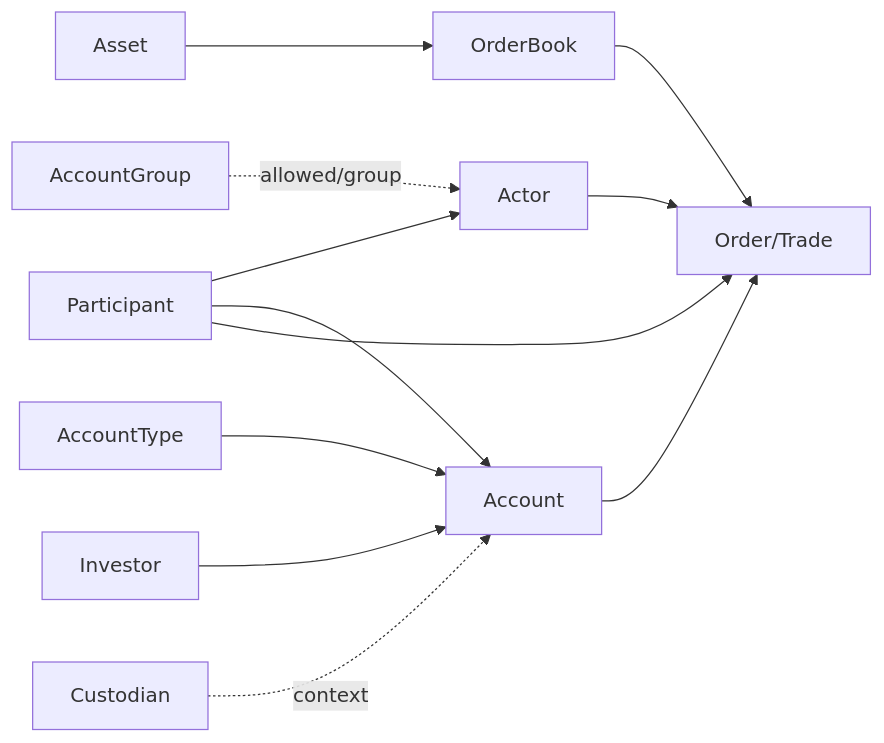
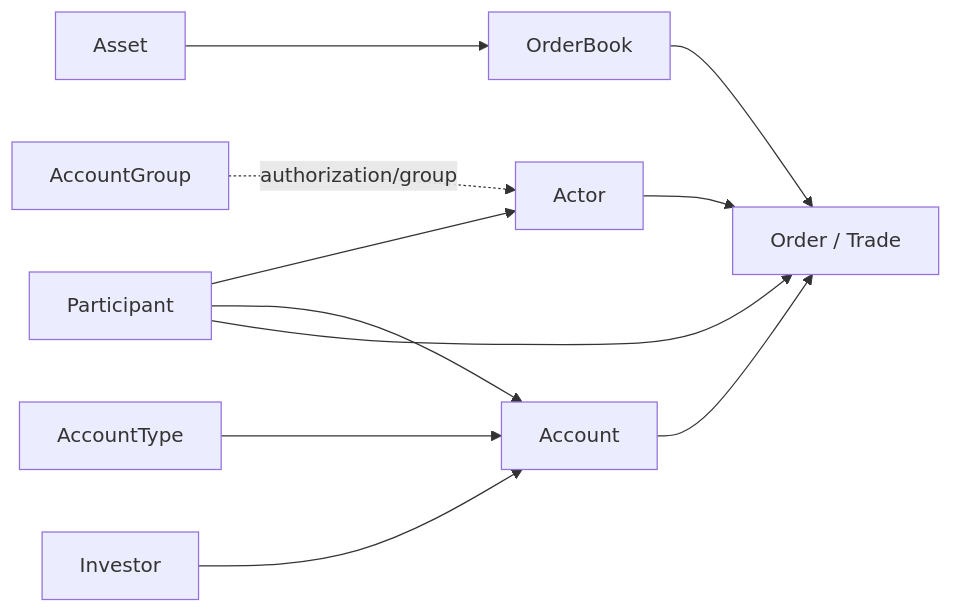
The second of 2 diagrams in Market-Surveillance-Full-Plan-Doc-Refrence/Architecture/Implementation-Start/10 - Reference State and Enrichment Strategy.md (adnanelhabashy/surveillance-knowledge-base), drawn with Mermaid before and after one commit. The commit also changed other lines of this file, not shown here.

````diff
--- a/Market-Surveillance-Full-Plan-Doc-Refrence/Architecture/Implementation-Start/10 - Reference State and Enrichment Strategy.md
+++ b/Market-Surveillance-Full-Plan-Doc-Refrence/Architecture/Implementation-Start/10 - Reference State and Enrichment Strategy.md
@@ -117,14 +100,13 @@
 ```mermaid
 flowchart LR
     ASSET[Asset] --> BOOK[OrderBook]
     PARTICIPANT[Participant] --> ACTOR[Actor]
     PARTICIPANT --> ACCOUNT[Account]
     ACCOUNTTYPE[AccountType] --> ACCOUNT
     INVESTOR[Investor] --> ACCOUNT
-    CUST[Custodian] -. context .-> ACCOUNT
-    ACCOUNTGROUP[AccountGroup] -. allowed/group .-> ACTOR
-    BOOK --> ORDER[Order/Trade]
-    ACTOR --> ORDER
-    ACCOUNT --> ORDER
-    PARTICIPANT --> ORDER
+    ACCOUNTGROUP[AccountGroup] -. authorization/group .-> ACTOR
+    BOOK --> EVT[Order / Trade]
+    ACTOR --> EVT
+    ACCOUNT --> EVT
+    PARTICIPANT --> EVT
 ```
````
